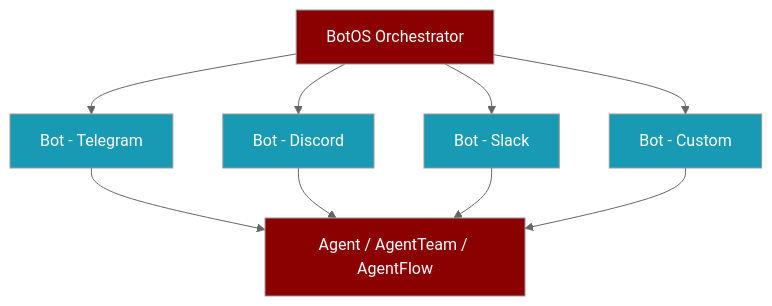
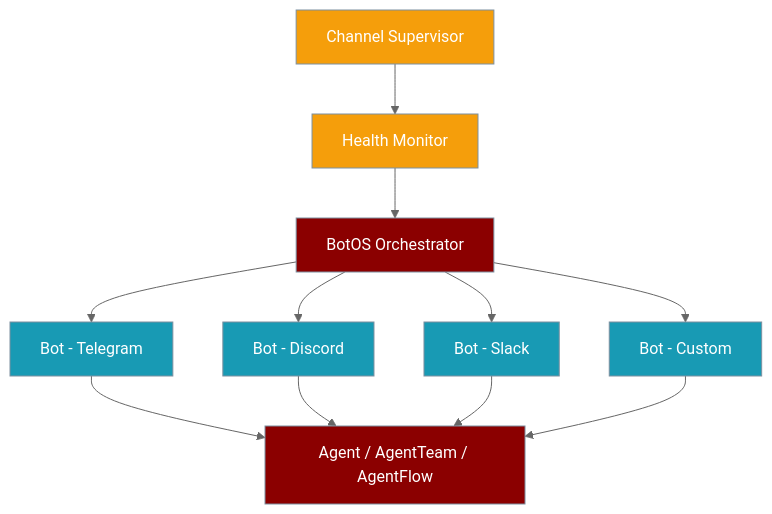
Before and after one commit to MervinPraison/PraisonAIDocs: the first of 4 diagrams in docs/features/botos.mdx, drawn with Mermaid (neutral theme). The commit also changed other lines of this file and 2 other files, not shown here.

First line of the commit message:
docs: proactive channel health monitoring and BotOS supervision (PR #2041)

````diff
--- a/docs/features/botos.mdx
+++ b/docs/features/botos.mdx
@@ -8,18 +8,23 @@
 ```mermaid
 flowchart TB
-    BotOS[BotOS Orchestrator] --> B1[Bot - Telegram]
+    Supervisor[Channel Supervisor] --> Monitor[Health Monitor]
+    Monitor --> BotOS[BotOS Orchestrator]
+    BotOS --> B1[Bot - Telegram]
     BotOS --> B2[Bot - Discord]
     BotOS --> B3[Bot - Slack]
     BotOS --> B4[Bot - Custom]
     B1 --> Agent[Agent / AgentTeam / AgentFlow]
     B2 --> Agent
     B3 --> Agent
     B4 --> Agent
 
-    style BotOS fill:#8B0000,color:#fff
-    style B1 fill:#189AB4,color:#fff
-    style B2 fill:#189AB4,color:#fff
-    style B3 fill:#189AB4,color:#fff
-    style B4 fill:#189AB4,color:#fff
-    style Agent fill:#8B0000,color:#fff
+    classDef supervisor fill:#F59E0B,stroke:#7C90A0,color:#fff
+    classDef botos fill:#8B0000,stroke:#7C90A0,color:#fff
+    classDef bot fill:#189AB4,stroke:#7C90A0,color:#fff
+    classDef agent fill:#8B0000,stroke:#7C90A0,color:#fff
+
+    class Supervisor,Monitor supervisor
+    class BotOS botos
+    class B1,B2,B3,B4 bot
+    class Agent agent
 ```
````
